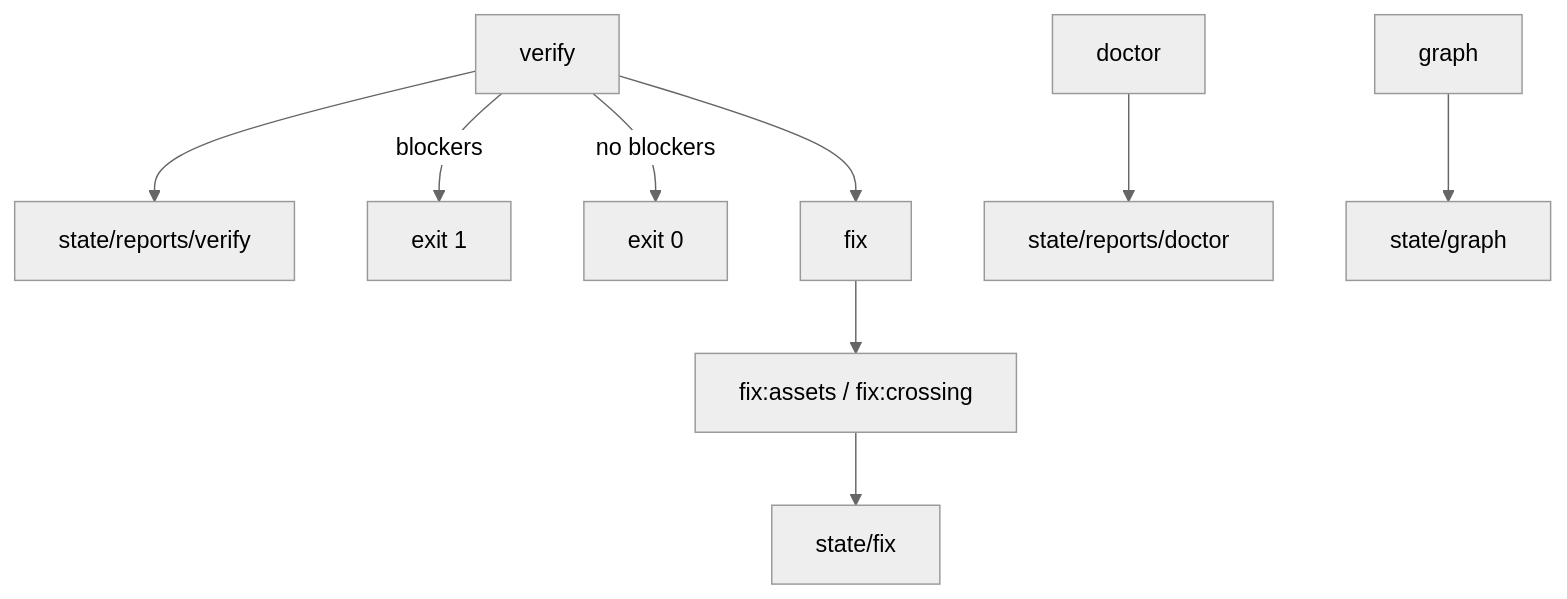
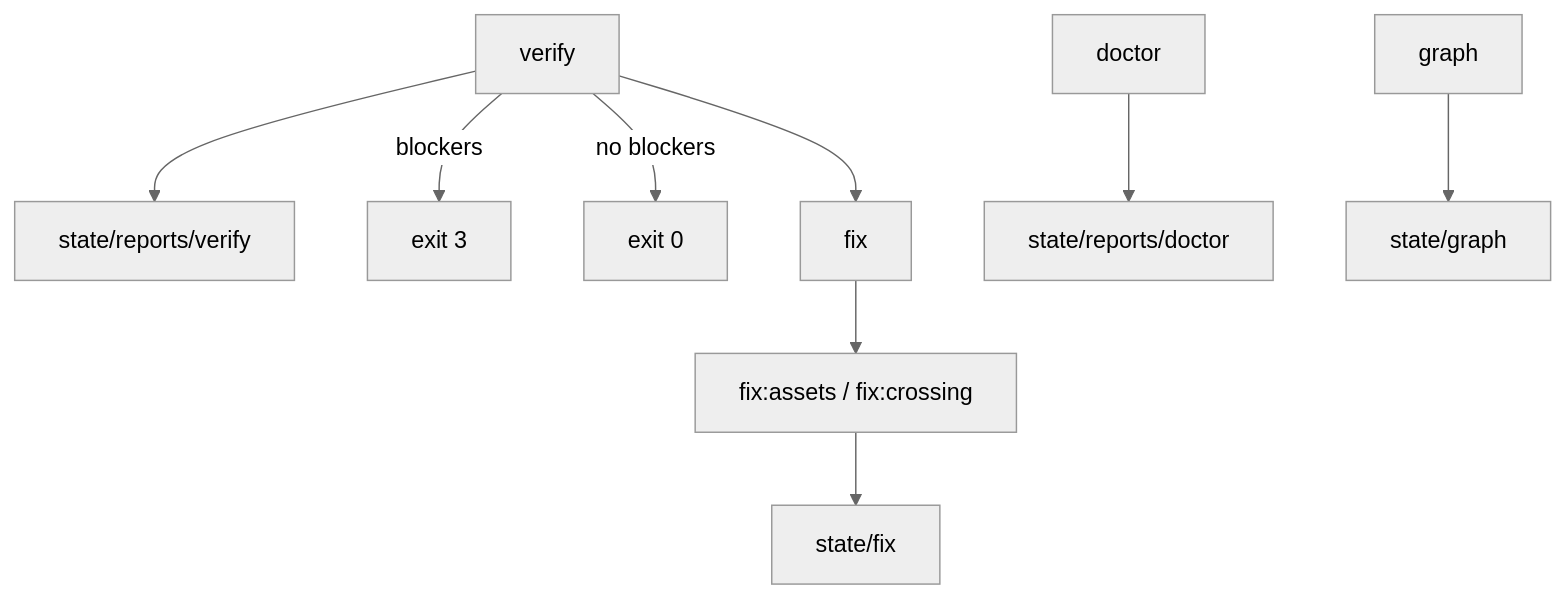
Before and after one commit to fabryq/fabryq: the diagram in docs/CLI.md, drawn with Mermaid (neutral theme). The commit also changed other lines of this file and 9 other files, not shown here.

````diff
--- a/docs/CLI.md
+++ b/docs/CLI.md
@@ -11,11 +48,11 @@
 ```mermaid
 flowchart TD
   Verify[verify] --> VerifyReports[state/reports/verify]
-  Verify -->|blockers| VerifyFail[exit 1]
+  Verify -->|blockers| VerifyFail[exit 3]
   Verify -->|no blockers| VerifyOk[exit 0]
   Verify --> Fix[fix]
   Fix --> Fixers[fix:assets / fix:crossing]
   Fixers --> FixLogs[state/fix]
   Doctor[doctor] --> DoctorReports[state/reports/doctor]
   Graph[graph] --> GraphReports[state/graph]
 ```
````
